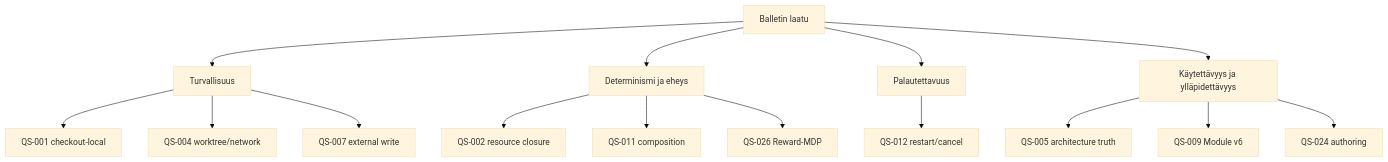
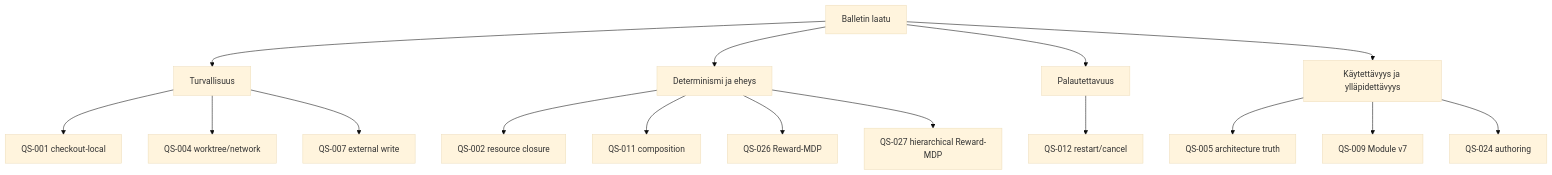
One commit to isinisalo/ballet changed the diagram in .ballet/arc42/10-quality-requirements.md. Above: the diagram before and after it, drawn with Mermaid (base theme). The commit also changed other lines of this file and 113 other files, not shown here.

````diff
--- a/.ballet/arc42/10-quality-requirements.md
+++ b/.ballet/arc42/10-quality-requirements.md
@@ -23,17 +23,18 @@
 ```mermaid
 flowchart TD
   quality["Balletin laatu"] --> safety["Turvallisuus"]
   quality --> integrity["Determinismi ja eheys"]
   quality --> recovery["Palautettavuus"]
   quality --> usability["Käytettävyys ja ylläpidettävyys"]
   safety --> q1["QS-001 checkout-local"]
   safety --> q4["QS-004 worktree/network"]
   safety --> q7["QS-007 external write"]
   integrity --> q2["QS-002 resource closure"]
   integrity --> q11["QS-011 composition"]
   integrity --> q26["QS-026 Reward-MDP"]
+  integrity --> q27["QS-027 hierarchical Reward-MDP"]
   recovery --> q12["QS-012 restart/cancel"]
   usability --> q5["QS-005 architecture truth"]
-  usability --> q9["QS-009 Module v6"]
+  usability --> q9["QS-009 Module v7"]
   usability --> q24["QS-024 authoring"]
 ```
````
